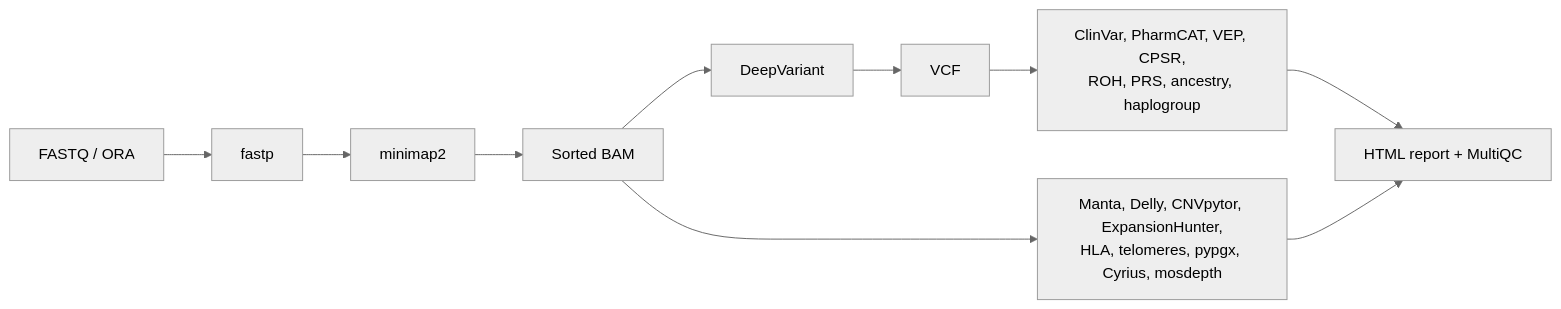
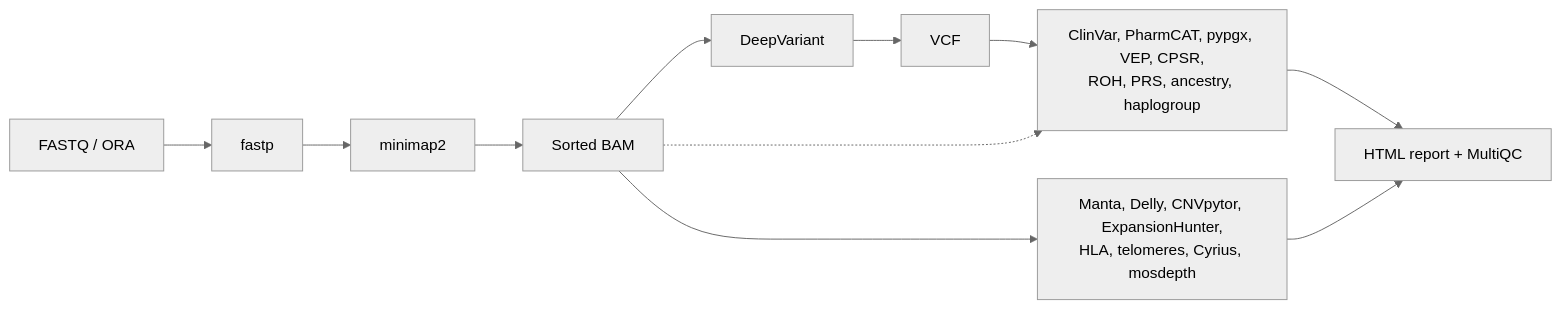
Before and after one commit to GeiserX/Personal-Genome-Pipeline: the diagram in docs/index.md, drawn with Mermaid (neutral theme). The commit also changed other lines of this file and 8 other files, not shown here.

````diff
--- a/docs/index.md
+++ b/docs/index.md
@@ -80,12 +80,13 @@
 ```mermaid
 graph LR
     FASTQ["FASTQ / ORA"] --> fastp["fastp"]
     fastp --> align["minimap2"]
     align --> BAM["Sorted BAM"]
     BAM --> DV["DeepVariant"]
     DV --> VCF["VCF"]
-    VCF --> vcfsteps["ClinVar, PharmCAT, VEP, CPSR,<br/>ROH, PRS, ancestry, haplogroup"]
-    BAM --> bamsteps["Manta, Delly, CNVpytor, ExpansionHunter,<br/>HLA, telomeres, pypgx, Cyrius, mosdepth"]
+    VCF --> vcfsteps["ClinVar, PharmCAT, pypgx, VEP, CPSR,<br/>ROH, PRS, ancestry, haplogroup"]
+    BAM -.-> vcfsteps
+    BAM --> bamsteps["Manta, Delly, CNVpytor, ExpansionHunter,<br/>HLA, telomeres, Cyrius, mosdepth"]
     vcfsteps --> report["HTML report + MultiQC"]
     bamsteps --> report
 ```
````
